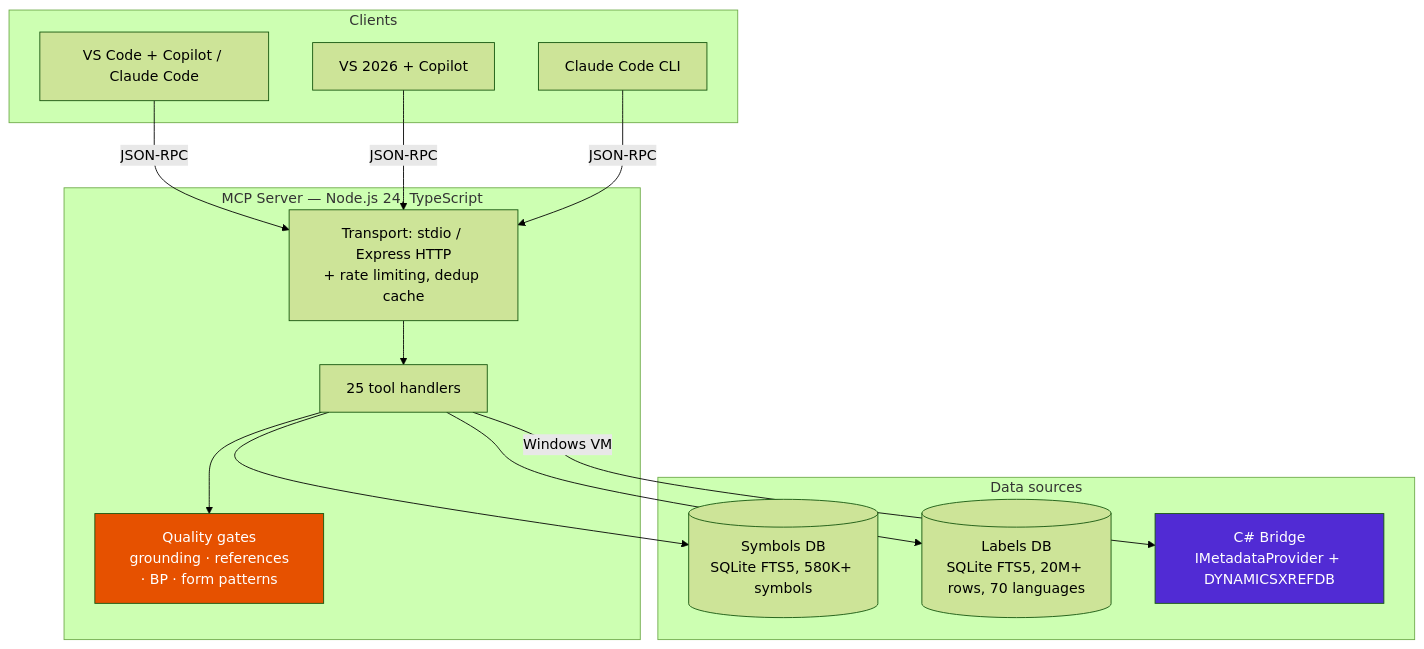
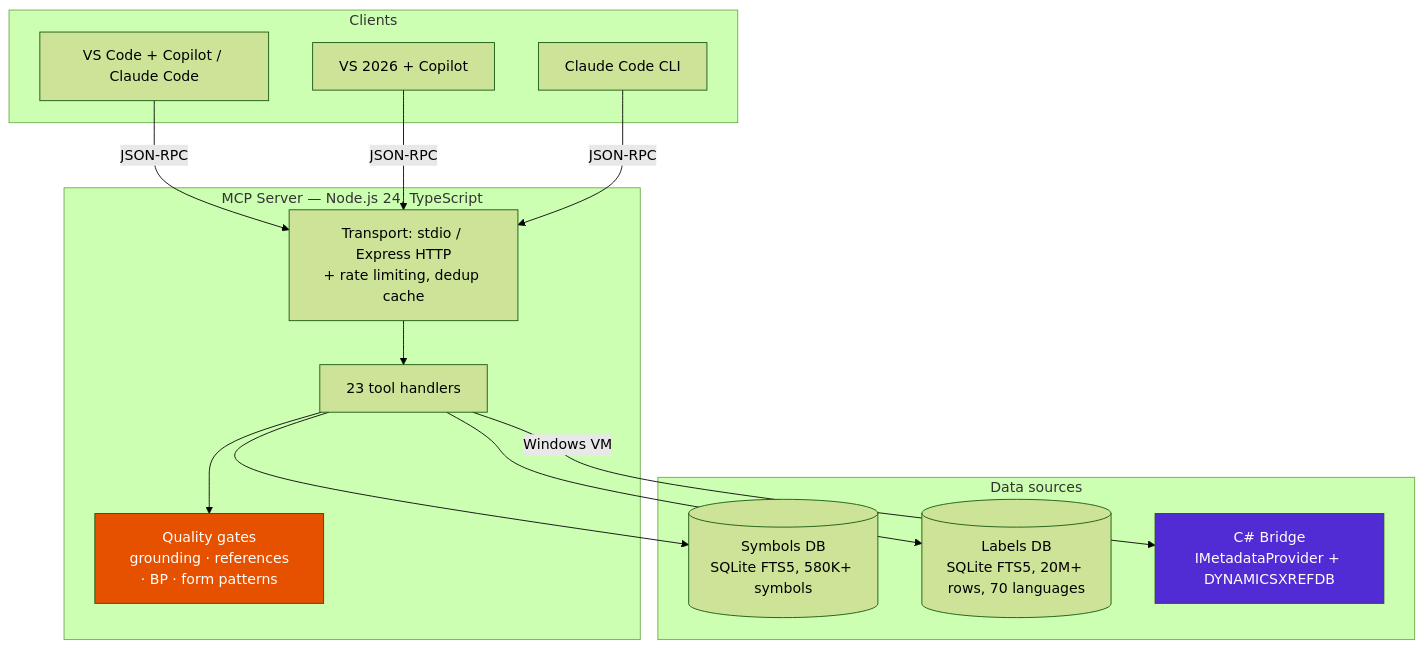
Before and after one commit to dynamics365ninja/d365fo-mcp-server: the first of 6 diagrams in docs/ARCHITECTURE.md, drawn with Mermaid (forest theme). The commit also changed other lines of this file and 10 other files, not shown here.

````diff
--- a/docs/ARCHITECTURE.md
+++ b/docs/ARCHITECTURE.md
@@ -9,28 +9,28 @@
 ```mermaid
 graph TB
     subgraph Clients
         VSC[VS Code + Copilot / Claude Code]
         VS[VS 2026 + Copilot]
         CC[Claude Code CLI]
     end
 
     subgraph "MCP Server — Node.js 24, TypeScript"
         TRANSPORT[Transport: stdio / Express HTTP\n+ rate limiting, dedup cache]
-        TOOLS[25 tool handlers]
+        TOOLS[23 tool handlers]
         GATES[Quality gates\n grounding · references · BP · form patterns]
     end
 
     subgraph "Data sources"
         DB[(Symbols DB\nSQLite FTS5, 580K+ symbols)]
         LDB[(Labels DB\nSQLite FTS5, 20M+ rows, 70 languages)]
         BRIDGE[C# Bridge\nIMetadataProvider + DYNAMICSXREFDB]
     end
 
     VSC & VS & CC -->|JSON-RPC| TRANSPORT --> TOOLS
     TOOLS --> GATES
     TOOLS --> DB & LDB
     TOOLS -->|Windows VM| BRIDGE
 
     style BRIDGE fill:#512BD4,color:#fff
     style GATES fill:#E65100,color:#fff
 ```
````
